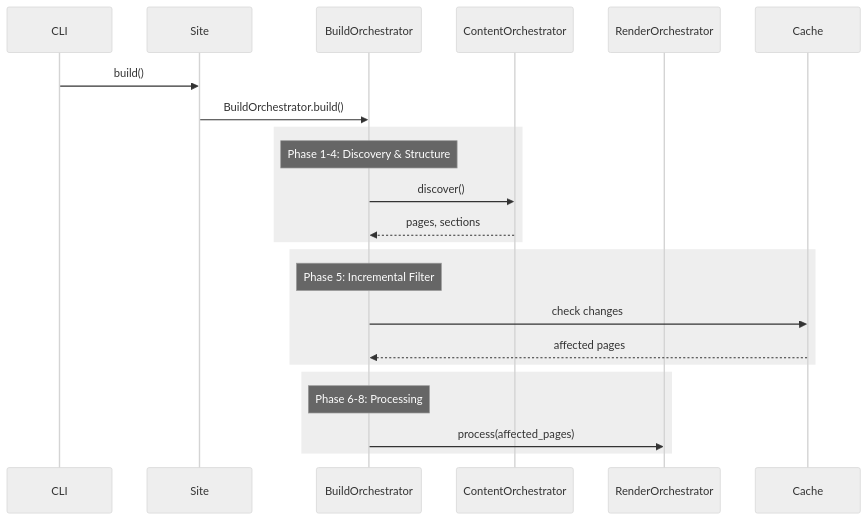
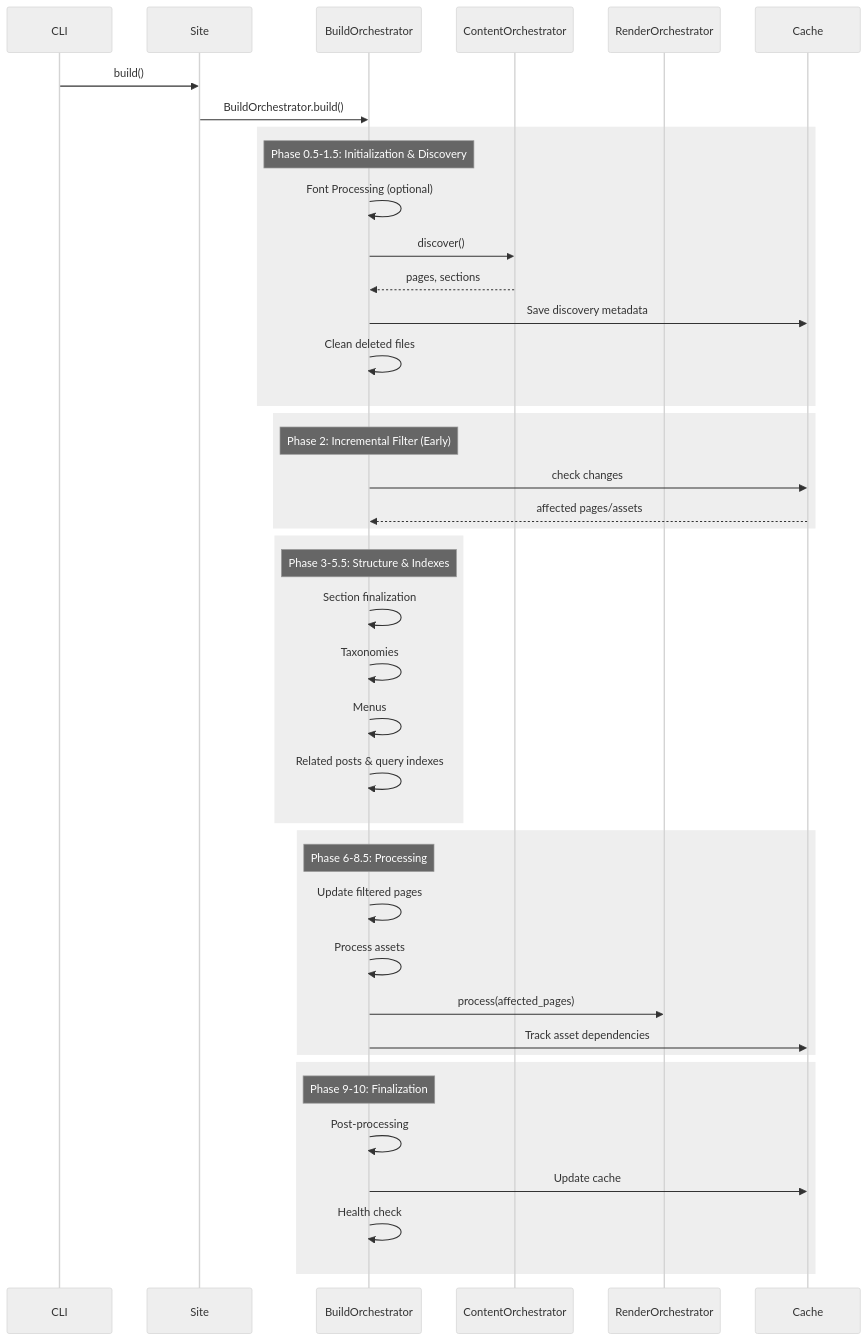
One commit to lbliii/bengal changed the diagram in site/content/docs/reference/architecture/core/orchestration.md. Above: the diagram before and after it, drawn with Mermaid (neutral theme). The commit also changed other lines of this file and 1 other file, not shown here.

First line of the commit message:
docs(architecture): update build pipeline documentation to match actual implementation

````diff
--- a/site/content/docs/reference/architecture/core/orchestration.md
+++ b/site/content/docs/reference/architecture/core/orchestration.md
@@ -27,29 +27,50 @@
 ```mermaid
 sequenceDiagram
     participant CLI
     participant Site
     participant BuildOrch as BuildOrchestrator
     participant ContentOrch as ContentOrchestrator
     participant RenderOrch as RenderOrchestrator
     participant Cache
 
     CLI->>Site: build()
     Site->>BuildOrch: BuildOrchestrator.build()
 
     rect
-    Note over BuildOrch: Phase 1-4: Discovery & Structure
+    Note over BuildOrch: Phase 0.5-1.5: Initialization & Discovery
+    BuildOrch->>BuildOrch: Font Processing (optional)
     BuildOrch->>ContentOrch: discover()
     ContentOrch-->>BuildOrch: pages, sections
+    BuildOrch->>Cache: Save discovery metadata
+    BuildOrch->>BuildOrch: Clean deleted files
     end
 
     rect
-    Note over BuildOrch: Phase 5: Incremental Filter
+    Note over BuildOrch: Phase 2: Incremental Filter (Early)
     BuildOrch->>Cache: check changes
-    Cache-->>BuildOrch: affected pages
+    Cache-->>BuildOrch: affected pages/assets
     end
 
     rect
-    Note over BuildOrch: Phase 6-8: Processing
+    Note over BuildOrch: Phase 3-5.5: Structure & Indexes
+    BuildOrch->>BuildOrch: Section finalization
+    BuildOrch->>BuildOrch: Taxonomies
+    BuildOrch->>BuildOrch: Menus
+    BuildOrch->>BuildOrch: Related posts & query indexes
+    end
+
+    rect
+    Note over BuildOrch: Phase 6-8.5: Processing
+    BuildOrch->>BuildOrch: Update filtered pages
+    BuildOrch->>BuildOrch: Process assets
     BuildOrch->>RenderOrch: process(affected_pages)
+    BuildOrch->>Cache: Track asset dependencies
+    end
+
+    rect
+    Note over BuildOrch: Phase 9-10: Finalization
+    BuildOrch->>BuildOrch: Post-processing
+    BuildOrch->>Cache: Update cache
+    BuildOrch->>BuildOrch: Health check
     end
 ```
````
